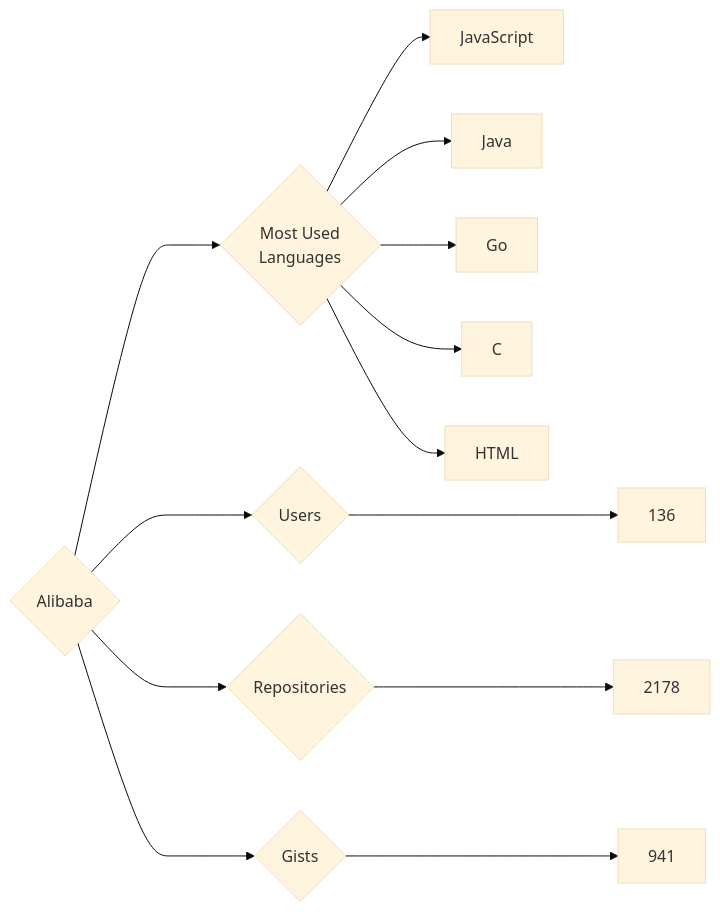
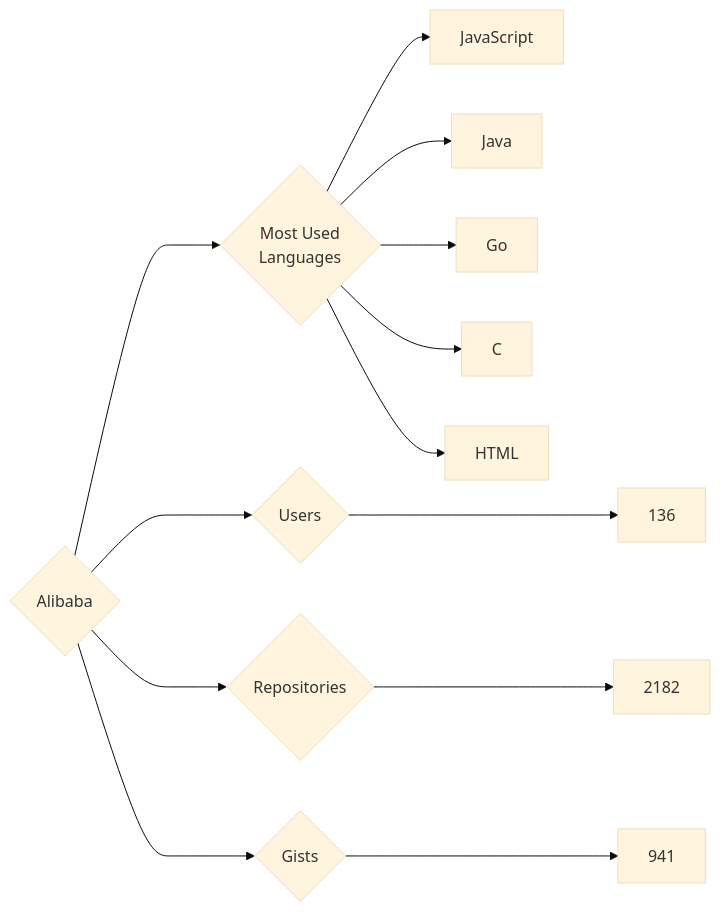
The diagram in targets/Alibaba/README.md (trickest/insiders), drawn with Mermaid (base theme) before and after one commit. The commit also changed 682 other files, not shown here.

````diff
--- a/targets/Alibaba/README.md
+++ b/targets/Alibaba/README.md
@@ -3,13 +3,13 @@
 ```mermaid
 graph LR
 COMPANY_NAME{Alibaba}
 COMPANY_NAME ---> U{Users} ---> UN[136]
-COMPANY_NAME ---> R{Repositories} ---> RN[2178]
+COMPANY_NAME ---> R{Repositories} ---> RN[2182]
 COMPANY_NAME ---> G{Gists} ---> GN[941]
 COMPANY_NAME ---> ML{Most Used<br>Languages}
 ML --> JavaScript[JavaScript]
 ML --> Java[Java]
 ML --> Go[Go]
 ML --> C[C]
 ML --> HTML[HTML]
 ```
````
